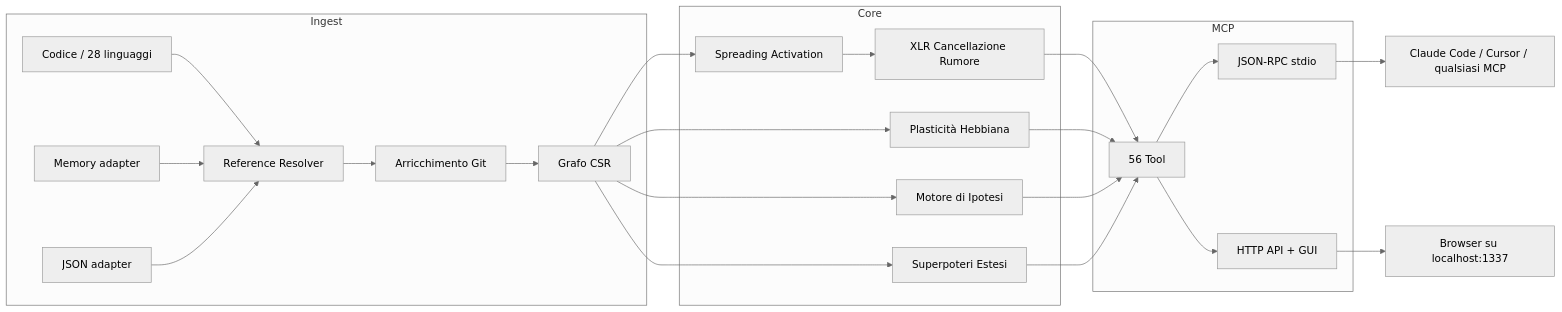
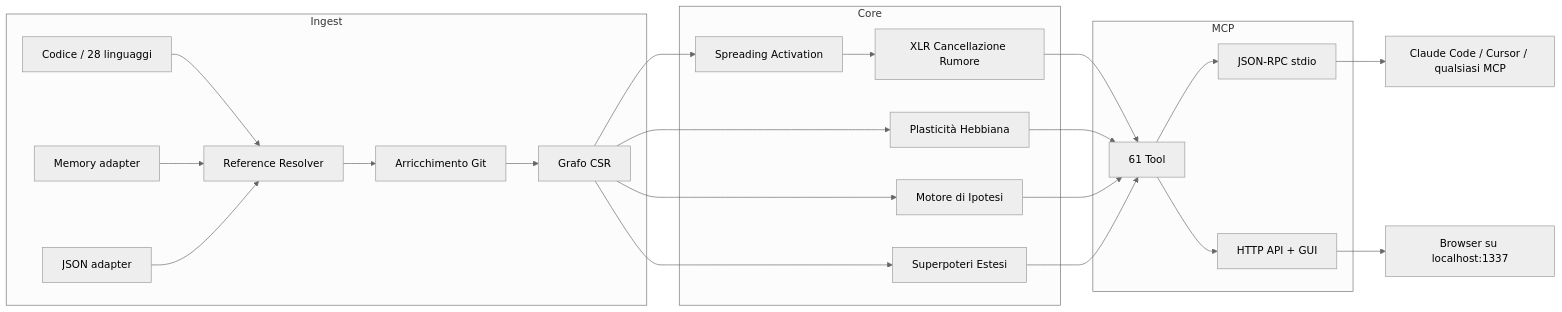
Before and after one commit to M1nd-Intelligence/m1nd: the diagram in README.it.md, drawn with Mermaid (neutral theme). The commit also changed other lines of this file and 51 other files, not shown here.

````diff
--- a/README.it.md
+++ b/README.it.md
@@ -297,27 +298,27 @@
 ```mermaid
 graph LR
     subgraph Ingest
         A[Codice / 28 linguaggi] --> R[Reference Resolver]
         MA[Memory adapter] --> R
         JA[JSON adapter] --> R
         R --> GD[Arricchimento Git]
         GD --> G[Grafo CSR]
     end
     subgraph Core
         G --> SA[Spreading Activation]
         G --> HP[Plasticità Hebbiana]
         G --> HY[Motore di Ipotesi]
         G --> SX[Superpoteri Estesi]
         SA --> XLR[XLR Cancellazione Rumore]
     end
     subgraph MCP
-        XLR --> T[56 Tool]
+        XLR --> T[61 Tool]
         HP --> T
         HY --> T
         SX --> T
         T --> IO[JSON-RPC stdio]
         T --> HTTP[HTTP API + GUI]
     end
     IO --> C[Claude Code / Cursor / qualsiasi MCP]
     HTTP --> B[Browser su localhost:1337]
 ```
````
